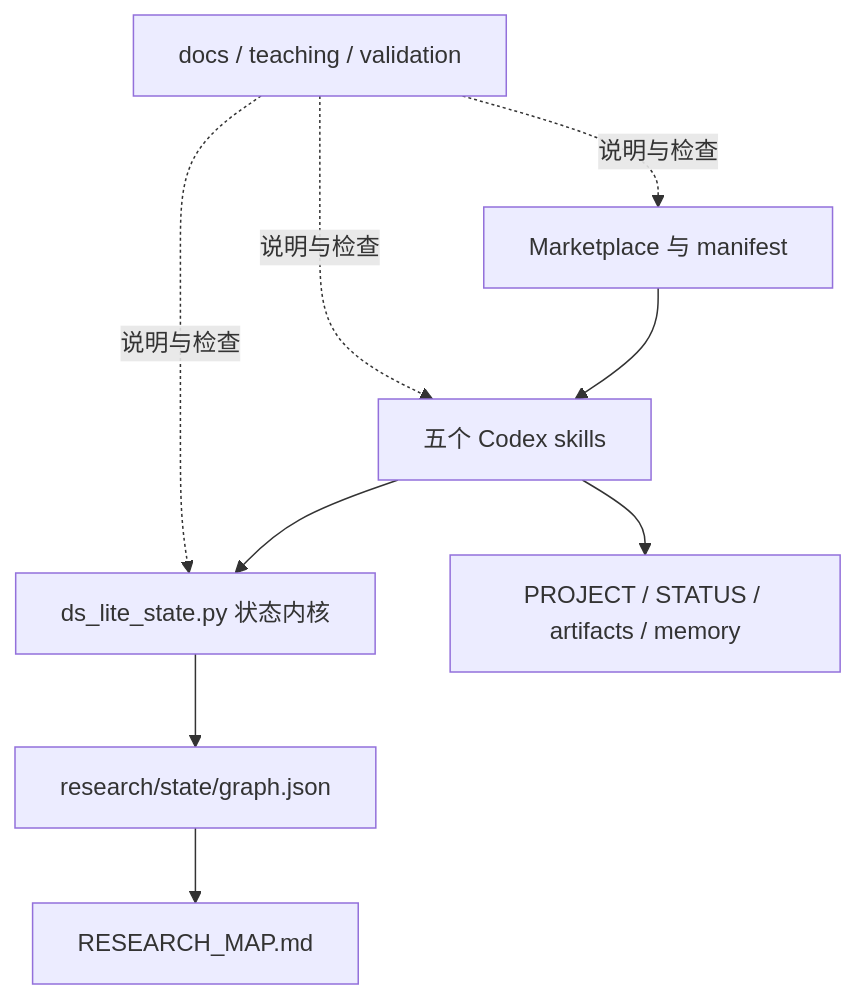
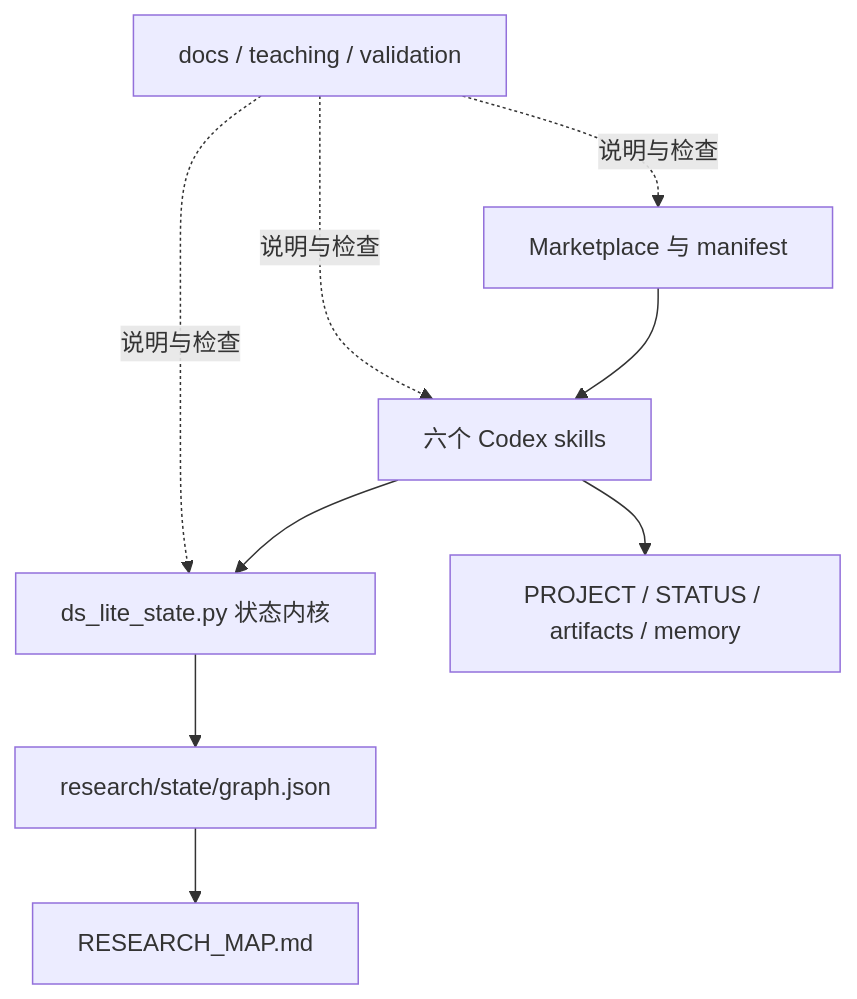
One commit to AlexenderSokolov/deepscientist-lite-codex-plugin changed the first of 2 diagrams in docs/implementation.zh.md. Above: the diagram before and after it, drawn with Mermaid. The commit also changed other lines of this file and 49 other files, not shown here.

````diff
--- a/docs/implementation.zh.md
+++ b/docs/implementation.zh.md
@@ -81,11 +81,11 @@
 ```mermaid
 flowchart TB
-    M["Marketplace 与 manifest"] --> S["五个 Codex skills"]
+    M["Marketplace 与 manifest"] --> S["六个 Codex skills"]
     S --> K["ds_lite_state.py 状态内核"]
     S --> F["PROJECT / STATUS / artifacts / memory"]
     K --> G["research/state/graph.json"]
     G --> R["RESEARCH_MAP.md"]
     D["docs / teaching / validation"] -. 说明与检查 .-> M
     D -. 说明与检查 .-> S
     D -. 说明与检查 .-> K
 ```
````
